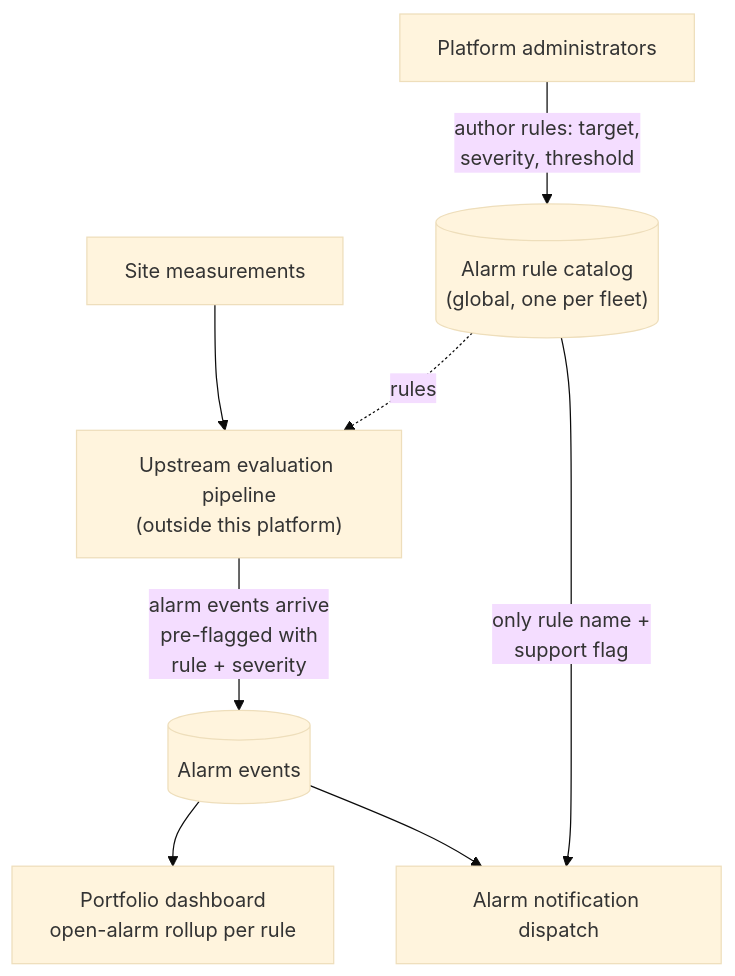
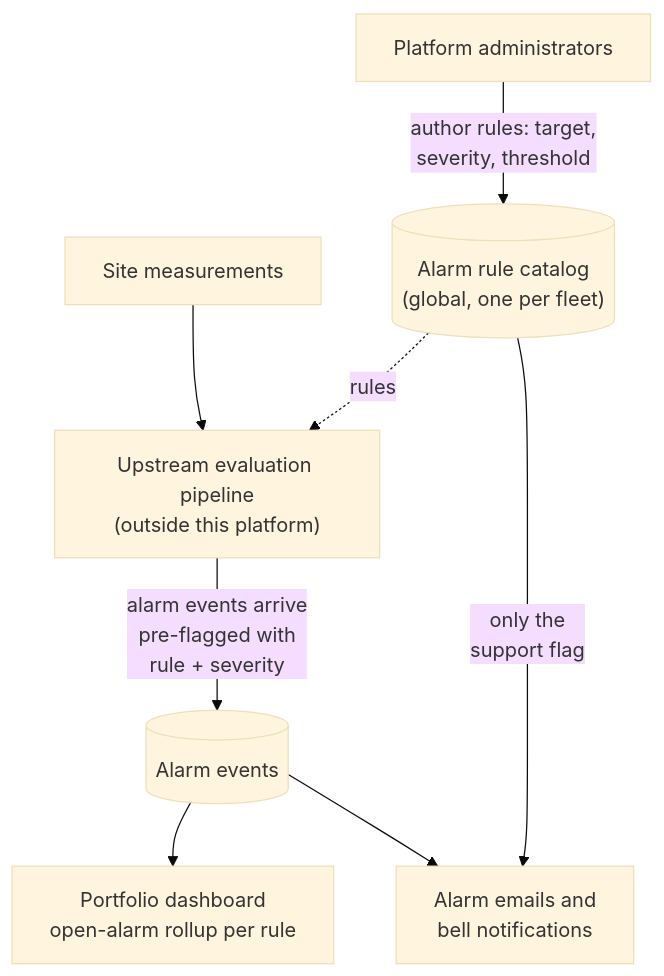
One commit to alamin-nifty/denowatts-dev-docs changed the diagram in flows/alarm-config.md. Above: the diagram before and after it, drawn with Mermaid (base theme). The commit also changed other lines of this file and 4 other files, not shown here.

````diff
--- a/flows/alarm-config.md
+++ b/flows/alarm-config.md
@@ -25,10 +25,10 @@
 ```mermaid
 flowchart TD
     ADMIN["Platform administrators"] -->|"author rules: target,<br/>severity, threshold"| CAT[("Alarm rule catalog<br/>(global, one per fleet)")]
     CAT -.->|"rules"| PIPE["Upstream evaluation pipeline<br/>(outside this platform)"]
     MEAS["Site measurements"] --> PIPE
     PIPE -->|"alarm events arrive<br/>pre-flagged with<br/>rule + severity"| EVENTS[("Alarm events")]
     EVENTS --> DASH["Portfolio dashboard<br/>open-alarm rollup per rule"]
-    CAT -->|"only rule name +<br/>support flag"| DISPATCH["Alarm notification dispatch"]
-    EVENTS --> DISPATCH
+    CAT -->|"only the<br/>support flag"| ALERTS["Alarm emails and<br/>bell notifications"]
+    EVENTS --> ALERTS
 ```
````
